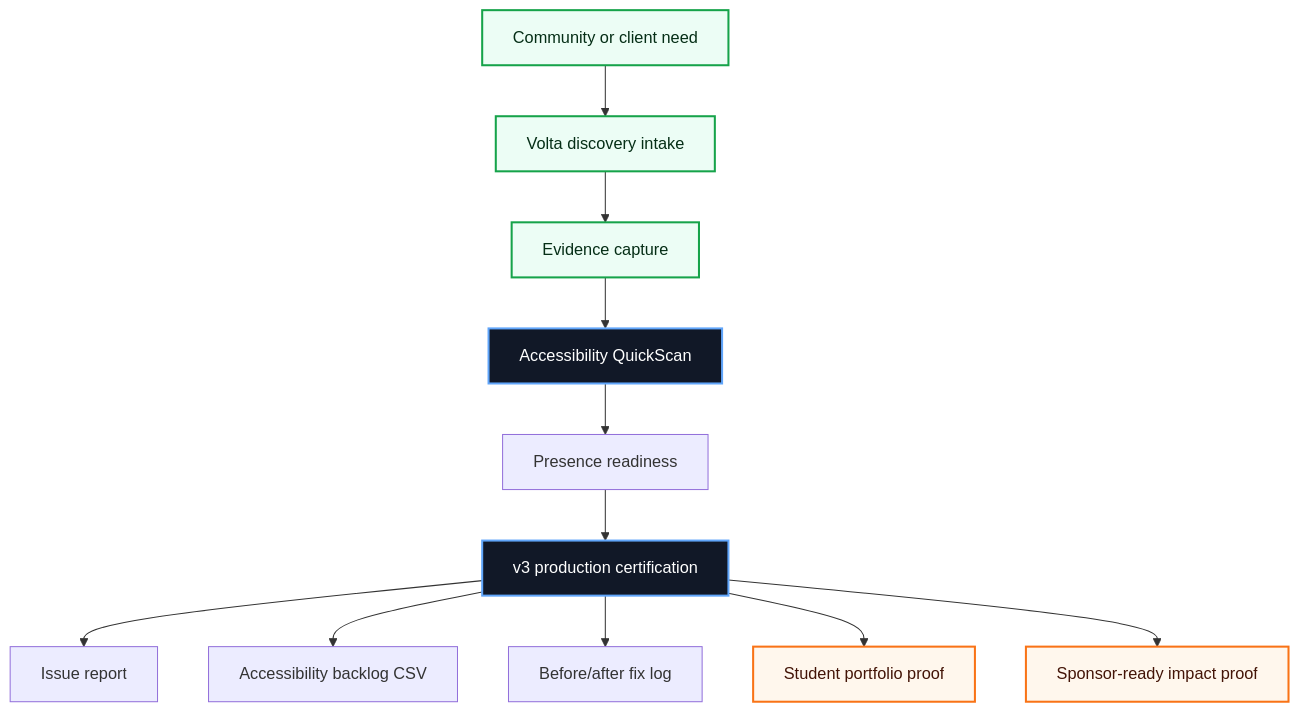
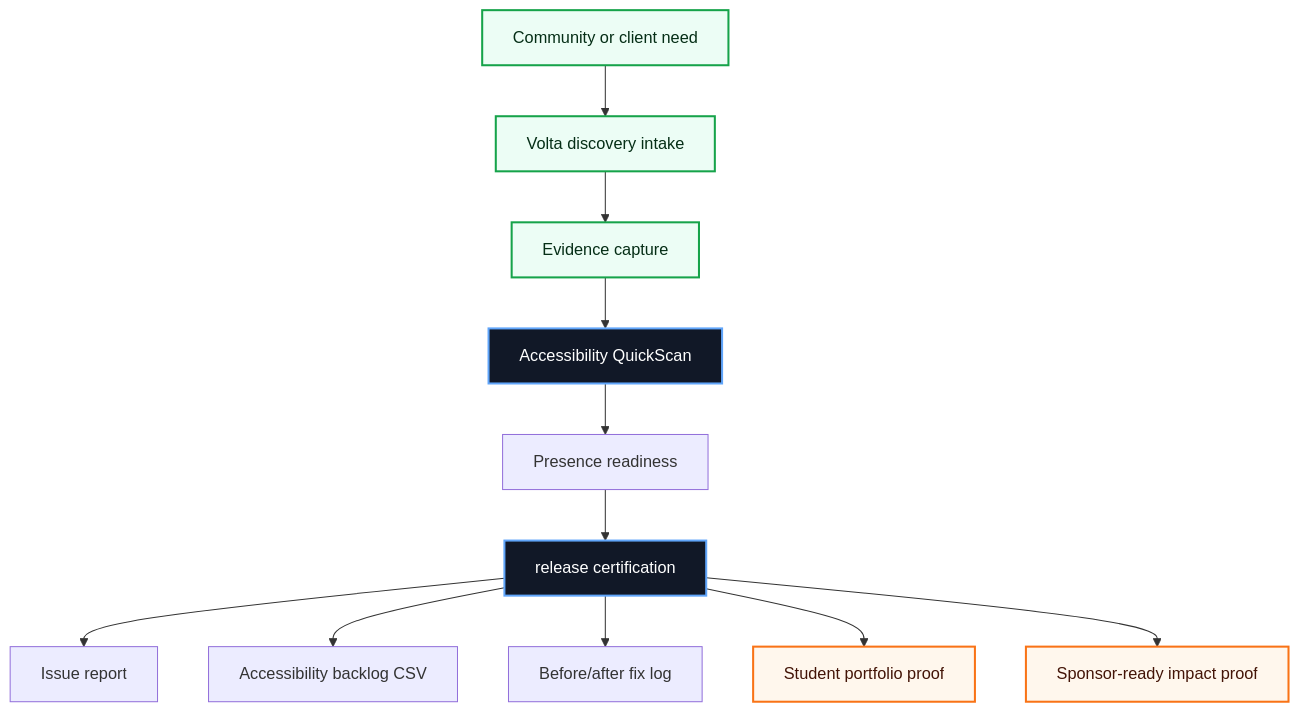
Before and after one commit to volta-npo/accessibility-quickscan: the first of 3 diagrams in README.md, drawn with Mermaid. The commit also changed other lines of this file and 28 other files, not shown here.

````diff
--- a/README.md
+++ b/README.md
@@ -43,20 +43,20 @@
 ```mermaid
 flowchart TD
     Need["Community or client need"] --> Intake["Volta discovery intake"]
     Intake --> Evidence["Evidence capture"]
     Evidence --> Workbench["Accessibility QuickScan"]
     Workbench --> Score["Presence readiness"]
-    Score --> Cert["v3 production certification"]
+    Score --> Cert["release certification"]
     Cert --> A1["Issue report"]
     Cert --> A2["Accessibility backlog CSV"]
     Cert --> A3["Before/after fix log"]
     Cert --> Student["Student portfolio proof"]
     Cert --> Sponsor["Sponsor-ready impact proof"]
 
     classDef volta fill:#111827,stroke:#60a5fa,color:#ffffff,stroke-width:2px;
     classDef equity fill:#ecfdf5,stroke:#16a34a,color:#052e16,stroke-width:2px;
     classDef proof fill:#fff7ed,stroke:#f97316,color:#431407,stroke-width:2px;
     class Workbench,Cert volta;
     class Need,Intake,Evidence equity;
     class Student,Sponsor proof;
 ```
````
